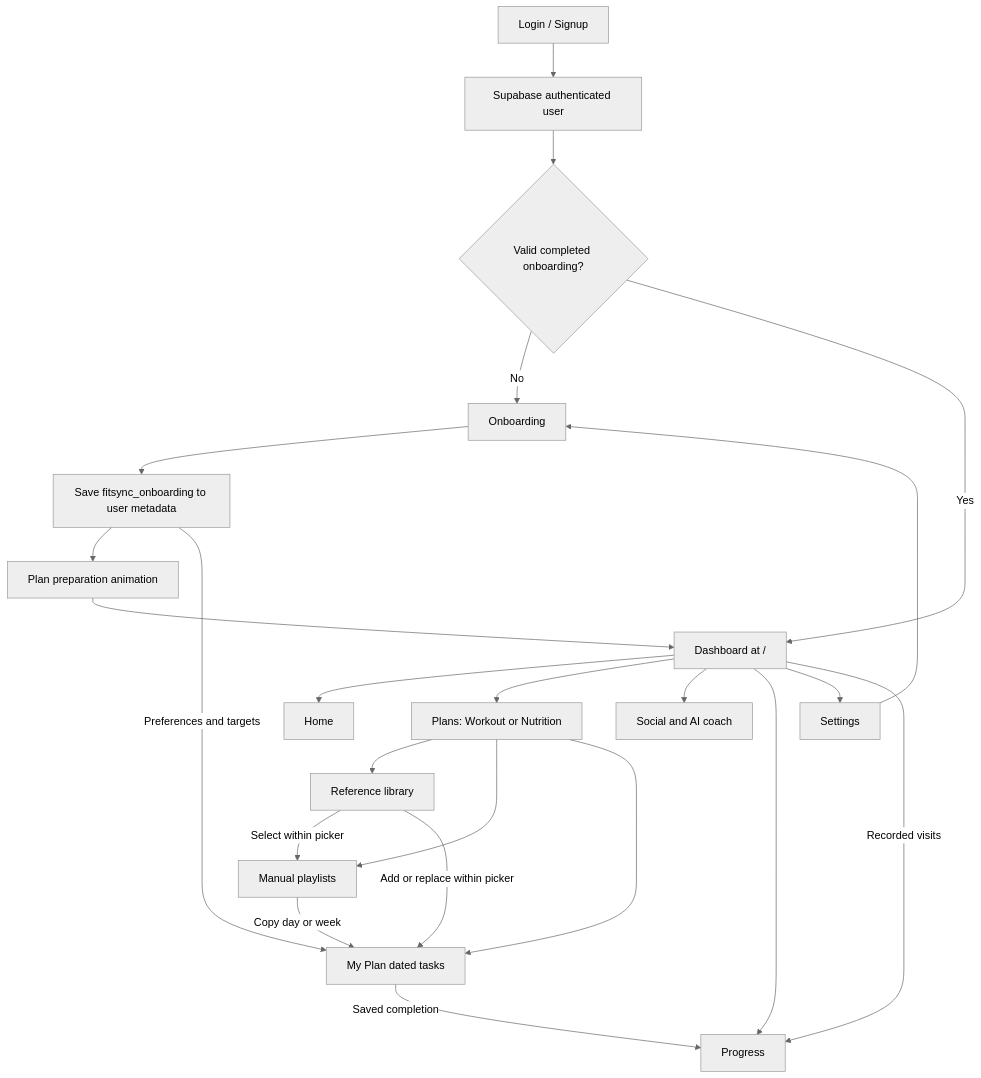
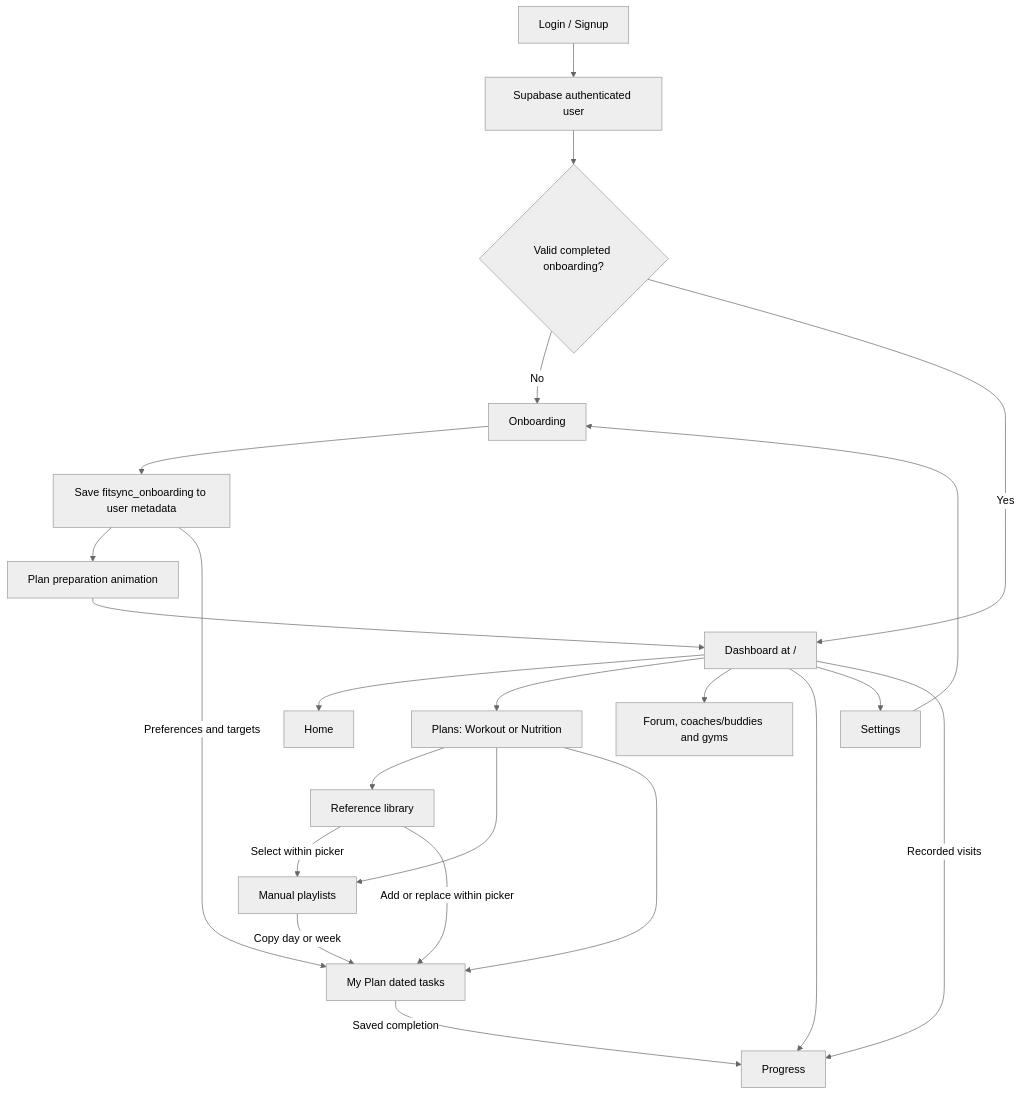
Before and after one commit to AndreDizon/fitsync-app: the diagram in docs/ai/FEATURES_AND_FLOWS.md, drawn with Mermaid (neutral theme). The commit also changed other lines of this file and 22 other files, not shown here.

````diff
--- a/docs/ai/FEATURES_AND_FLOWS.md
+++ b/docs/ai/FEATURES_AND_FLOWS.md
@@ -18,25 +18,25 @@
 ```mermaid
 flowchart TD
   Login[Login / Signup] --> Auth[Supabase authenticated user]
   Auth --> Check{Valid completed onboarding?}
   Check -->|No| Onboarding[Onboarding]
   Onboarding --> Metadata[Save fitsync_onboarding to user metadata]
   Metadata --> Preparation[Plan preparation animation]
   Preparation --> Dashboard[Dashboard at /]
   Check -->|Yes| Dashboard
   Dashboard --> Home[Home]
   Dashboard --> Plans[Plans: Workout or Nutrition]
-  Dashboard --> Social[Social and AI coach]
+  Dashboard --> Social[Forum, coaches/buddies and gyms]
   Dashboard --> Progress[Progress]
   Dashboard --> Settings[Settings]
   Settings --> Onboarding
   Plans --> Library[Reference library]
   Plans --> Playlist[Manual playlists]
   Plans --> MyPlan[My Plan dated tasks]
   Library -->|Select within picker| Playlist
   Library -->|Add or replace within picker| MyPlan
   Playlist -->|Copy day or week| MyPlan
   Metadata -->|Preferences and targets| MyPlan
   MyPlan -->|Saved completion| Progress
   Dashboard -->|Recorded visits| Progress
 ```
````
